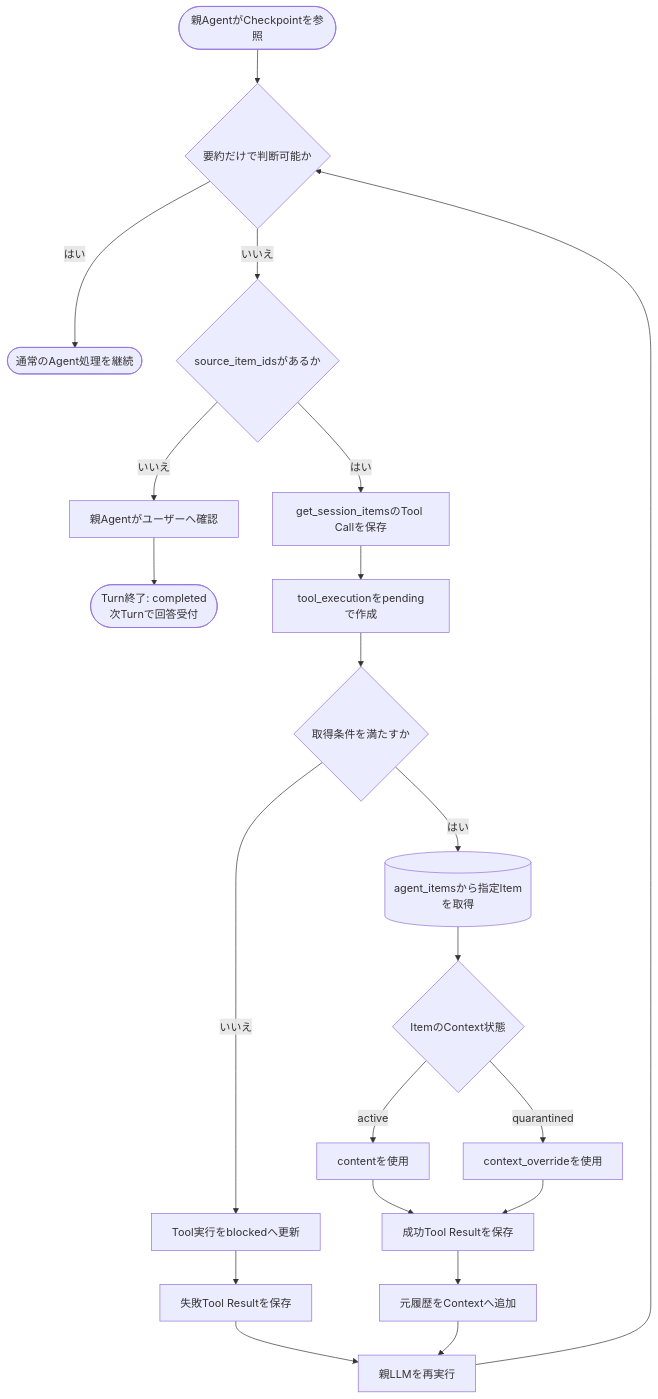
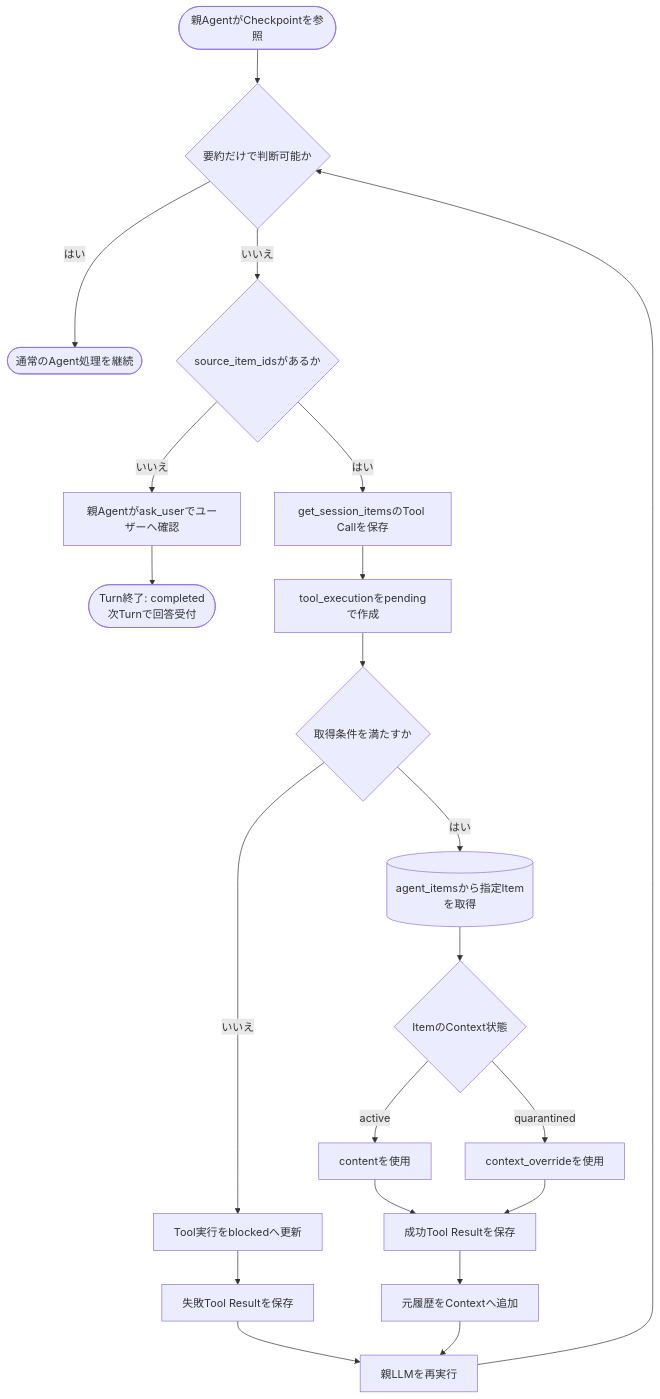
Diagram 20 of 20 in docs/v.0.1/AGENT_DESIGN.md (nishimura-yuma77/hiromeru), drawn with Mermaid before and after one commit. The commit also changed other lines of this file and 5 other files, not shown here.

````diff
--- a/docs/v.0.1/AGENT_DESIGN.md
+++ b/docs/v.0.1/AGENT_DESIGN.md
@@ -845,31 +871,31 @@
 ```mermaid
 flowchart TD
     START([親AgentがCheckpointを参照]) --> SUFFICIENT{要約だけで判断可能か}
 
     SUFFICIENT -- はい --> END_CONTINUE([通常のAgent処理を継続])
     SUFFICIENT -- いいえ --> HAS_SOURCE{source_item_idsがあるか}
 
-    HAS_SOURCE -- いいえ --> ASK_USER[親Agentがユーザーへ確認]
+    HAS_SOURCE -- いいえ --> ASK_USER[親Agentがask_userでユーザーへ確認]
     ASK_USER --> END_WAIT([Turn終了: completed<br/>次Turnで回答受付])
 
     HAS_SOURCE -- はい --> SAVE_CALL[get_session_itemsのTool Callを保存]
     SAVE_CALL --> CREATE_EXECUTION[tool_executionをpendingで作成]
     CREATE_EXECUTION --> AUTHORIZE{取得条件を満たすか}
 
     AUTHORIZE -- いいえ --> BLOCK_EXECUTION[Tool実行をblockedへ更新]
     BLOCK_EXECUTION --> SAVE_ERROR[失敗Tool Resultを保存]
     SAVE_ERROR --> PARENT_MODEL[親LLMを再実行]
 
     AUTHORIZE -- はい --> LOAD_ITEMS[(agent_itemsから指定Itemを取得)]
     LOAD_ITEMS --> CONTEXT_STATUS{ItemのContext状態}
 
     CONTEXT_STATUS -- active --> USE_CONTENT[contentを使用]
     CONTEXT_STATUS -- quarantined --> USE_OVERRIDE[context_overrideを使用]
 
     USE_CONTENT --> SAVE_RESULT[成功Tool Resultを保存]
     USE_OVERRIDE --> SAVE_RESULT
 
     SAVE_RESULT --> UPDATE_CONTEXT[元履歴をContextへ追加]
     UPDATE_CONTEXT --> PARENT_MODEL
     PARENT_MODEL --> SUFFICIENT
 ```
````
